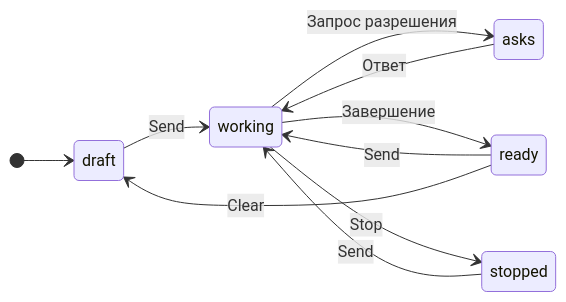
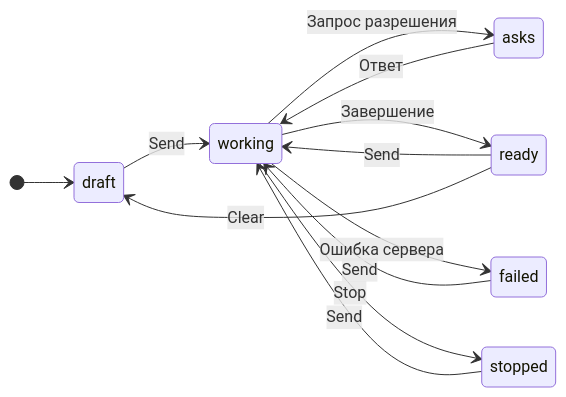
The first of 2 diagrams in docs/ux/codex.md (anetrebskii/geckit), drawn with Mermaid before and after one commit. The commit also changed other lines of this file and 2 other files, not shown here.

````diff
--- a/docs/ux/codex.md
+++ b/docs/ux/codex.md
@@ -75,13 +76,15 @@
 ```mermaid
 stateDiagram-v2
   direction LR
   [*] --> draft
   draft --> working: Send
   working --> asks: Запрос разрешения
   asks --> working: Ответ
   working --> ready: Завершение
+  working --> failed: Ошибка сервера
   working --> stopped: Stop
   ready --> working: Send
   stopped --> working: Send
+  failed --> working: Send
   ready --> draft: Clear
 ```
````
